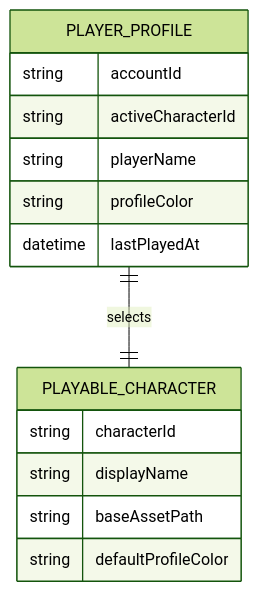
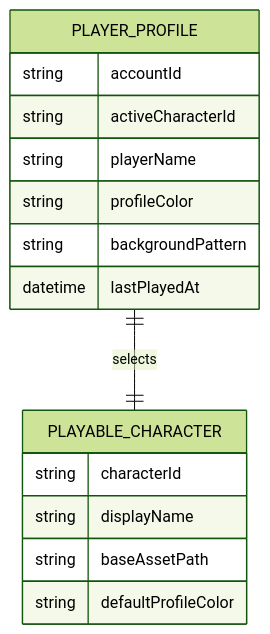
The eighth of 8 diagrams in docs/design.md (twStellerWhale-Ocean2/solKidGalGame1), drawn with Mermaid (forest theme) before and after one commit. The commit also changed other lines of this file and 2 other files, not shown here.

````diff
--- a/docs/design.md
+++ b/docs/design.md
@@ -345,17 +352,18 @@
 ```mermaid
 erDiagram
   PLAYER_PROFILE ||--|| PLAYABLE_CHARACTER : selects
   PLAYER_PROFILE {
     string accountId
     string activeCharacterId
     string playerName
     string profileColor
+    string backgroundPattern
     datetime lastPlayedAt
   }
   PLAYABLE_CHARACTER {
     string characterId
     string displayName
     string baseAssetPath
     string defaultProfileColor
   }
 ```
````
